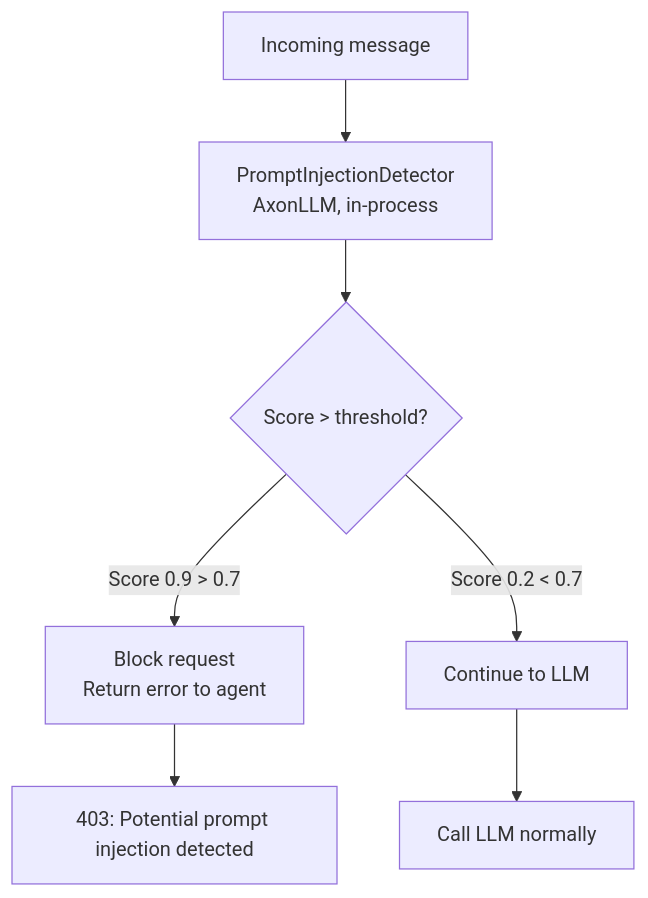
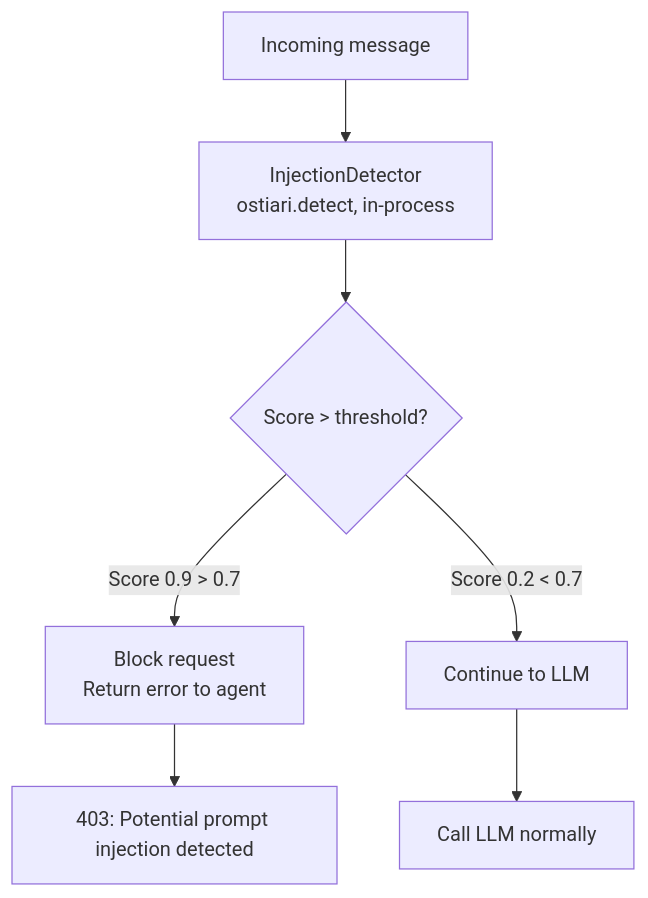
One commit to hk-775/ostiari changed diagram 21 of 41 in docs/gateway-architecture.md. Above: the diagram before and after it, drawn with Mermaid. The commit also changed other lines of this file and 92 other files, not shown here.

First line of the commit message:
Keep the intervene tier alive under fail-closed enforcement (+ detection engine, AxonLLM warn-not-require, docs) (#73)

````diff
--- a/docs/gateway-architecture.md
+++ b/docs/gateway-architecture.md
@@ -1466,10 +1487,10 @@
 ```mermaid
 flowchart TD
-    REQ[Incoming message] --> DET[PromptInjectionDetector<br/>AxonLLM, in-process]
+    REQ[Incoming message] --> DET[InjectionDetector<br/>ostiari.detect, in-process]
     DET --> SC{Score > threshold?}
     SC -->|"Score 0.9 > 0.7"| BLOCK[Block request<br/>Return error to agent]
     SC -->|"Score 0.2 < 0.7"| PASS[Continue to LLM]
 
     BLOCK --> RESP1["403: Potential prompt injection detected"]
     PASS --> LLM[Call LLM normally]
 ```
````
